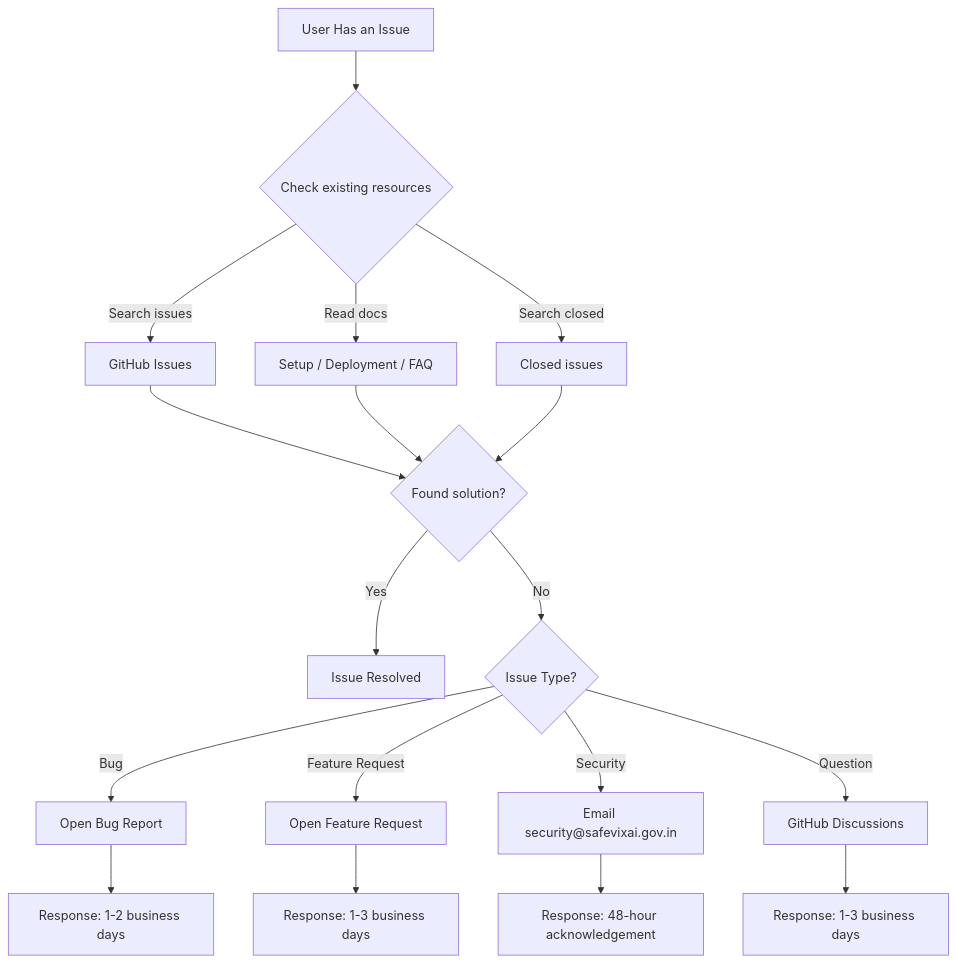
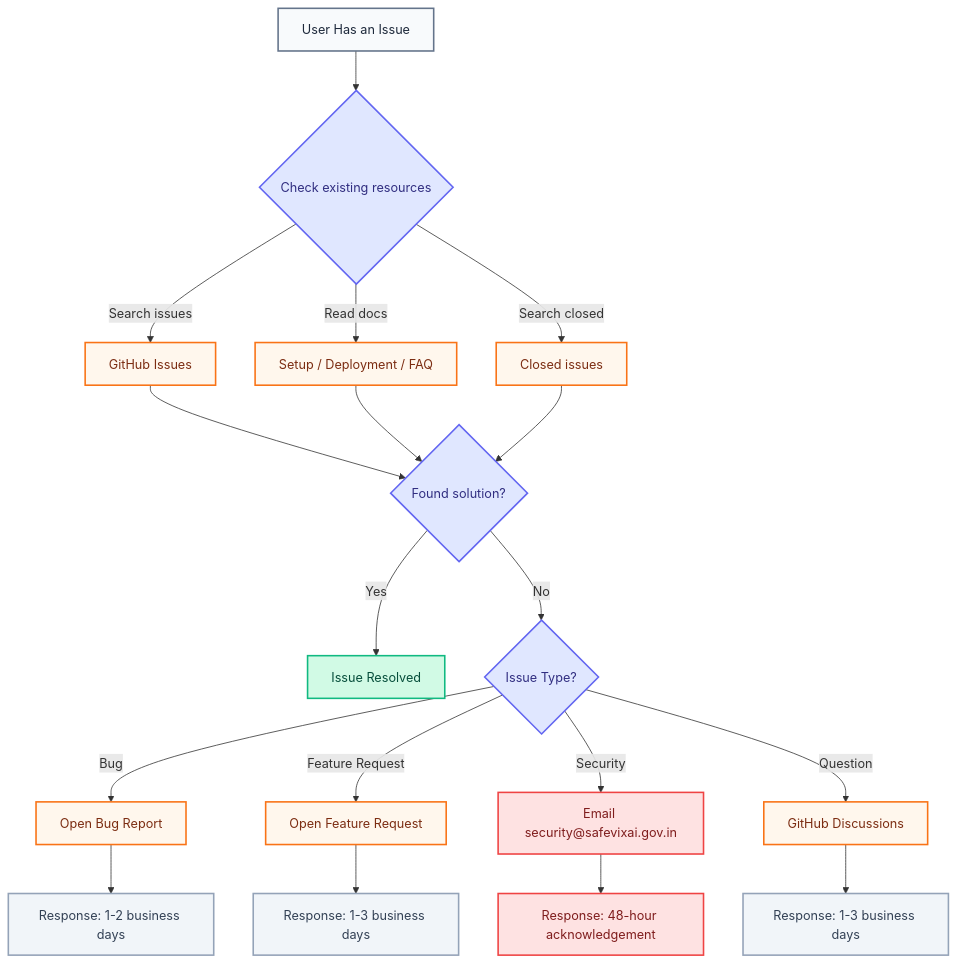
One commit to SafeVixAI/SafeVixAI changed the diagram in SUPPORT.md. Above: the diagram before and after it, drawn with Mermaid. The commit also changed 85 other files, not shown here.

Commit message:
docs: Fix Mermaid diagrams, resolve relative link warnings, and ensure clean mkdocs build

````diff
--- a/SUPPORT.md
+++ b/SUPPORT.md
@@ -5,25 +5,39 @@
 ```mermaid
 flowchart TB
-    START[User Has an Issue] --> PRE{Check existing resources}
+    START["User Has an Issue"] --> PRE{"Check existing resources"}
 
-    PRE -->|Search issues| GI[GitHub Issues]
-    PRE -->|Read docs| DOC[Setup / Deployment / FAQ]
-    PRE -->|Search closed| CI[Closed issues]
+    PRE -->|Search issues| GI["GitHub Issues"]
+    PRE -->|Read docs| DOC["Setup / Deployment / FAQ"]
+    PRE -->|Search closed| CI["Closed issues"]
 
-    GI --> FOUND{Found solution?}
+    GI --> FOUND{"Found solution?"}
     DOC --> FOUND
     CI --> FOUND
 
-    FOUND -->|Yes| RESOLVED[Issue Resolved]
-    FOUND -->|No| TYPE{Issue Type?}
+    FOUND -->|Yes| RESOLVED["Issue Resolved"]
+    FOUND -->|No| TYPE{"Issue Type?"}
 
-    TYPE -->|Bug| BUG[Open Bug Report]
-    TYPE -->|Feature Request| FR[Open Feature Request]
-    TYPE -->|Security| SEC[Email security@safevixai.gov.in]
-    TYPE -->|Question| DISC[GitHub Discussions]
+    TYPE -->|Bug| BUG["Open Bug Report"]
+    TYPE -->|Feature Request| FR["Open Feature Request"]
+    TYPE -->|Security| SEC["Email security@safevixai.gov.in"]
+    TYPE -->|Question| DISC["GitHub Discussions"]
 
     BUG --> SLA["Response: 1-2 business days"]
     FR --> SLA2["Response: 1-3 business days"]
     SEC --> SLA3["Response: 48-hour acknowledgement"]
     DISC --> SLA4["Response: 1-3 business days"]
+
+    classDef neutral fill:#f8fafc,stroke:#64748b,stroke-width:2px,color:#1e293b
+    classDef check fill:#e0e7ff,stroke:#6366f1,stroke-width:2px,color:#312e81
+    classDef action fill:#fff7ed,stroke:#f97316,stroke-width:2px,color:#7c2d12
+    classDef success fill:#d1fae5,stroke:#10b981,stroke-width:2px,color:#064e3b
+    classDef critical fill:#fee2e2,stroke:#ef4444,stroke-width:2px,color:#7f1d1d
+    classDef external fill:#f1f5f9,stroke:#94a3b8,stroke-width:2px,color:#334155
+
+    class START neutral
+    class PRE,FOUND,TYPE check
+    class GI,DOC,CI,BUG,FR,DISC action
+    class RESOLVED success
+    class SEC,SLA3 critical
+    class SLA,SLA2,SLA4 external
 ```
````
